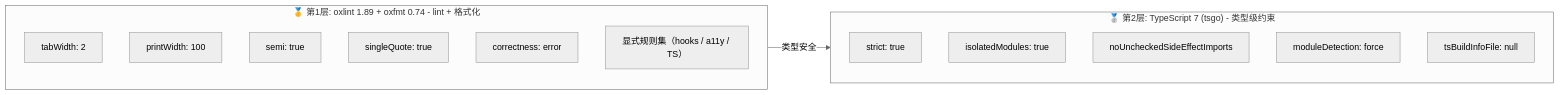
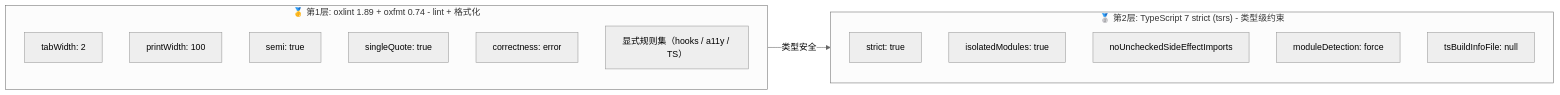
Before and after one commit to KMaybe01/interview-demo: diagram 31 of 49 in docs/S4-面试冲刺/00-面试技术亮点汇总.md, drawn with Mermaid (neutral theme). The commit also changed other lines of this file and 59 other files, not shown here.

````diff
--- a/docs/S4-面试冲刺/00-面试技术亮点汇总.md
+++ b/docs/S4-面试冲刺/00-面试技术亮点汇总.md
@@ -5192,21 +5192,21 @@
 ```mermaid
 graph LR
     subgraph L1["🥇 第1层: oxlint 1.89 + oxfmt 0.74 - lint + 格式化"]
         B1["tabWidth: 2"]
         B2["printWidth: 100"]
         B3["semi: true"]
         B4["singleQuote: true"]
         B5["correctness: error"]
         B6["显式规则集（hooks / a11y / TS）"]
     end
 
-    subgraph L2["🥈 第2层: TypeScript 7 (tsgo) - 类型级约束"]
+    subgraph L2["🥈 第2层: TypeScript 7 strict (tsrs) - 类型级约束"]
         T1["strict: true"]
         T2["isolatedModules: true"]
         T3["noUncheckedSideEffectImports"]
         T4["moduleDetection: force"]
         T5["tsBuildInfoFile: null"]
     end
 
     L1 -->|"类型安全"| L2
 ```
````
